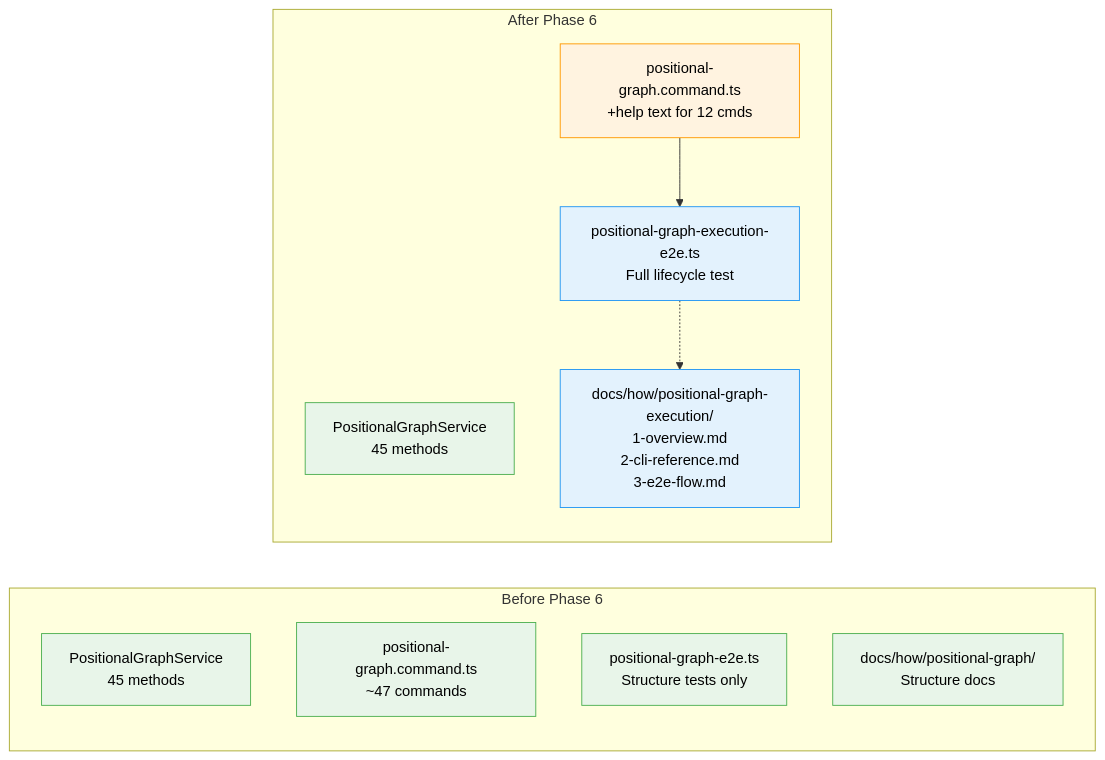
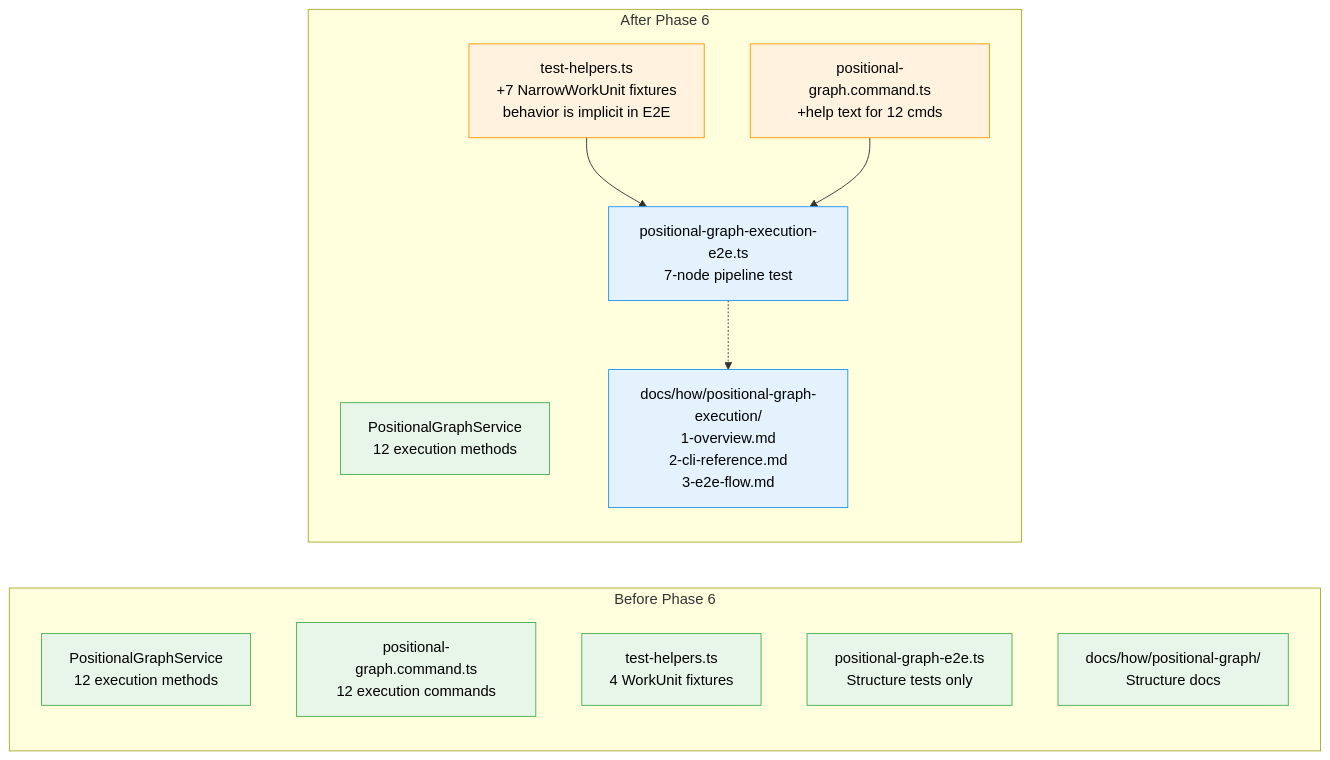
One commit to AI-Substrate/chainglass changed the second of 2 diagrams in docs/plans/028-pos-agentic-cli/tasks/phase-6-e2e-test-and-documentation/tasks.fltplan.md. Above: the diagram before and after it, drawn with Mermaid. The commit also changed other lines of this file and 14 other files, not shown here.

First line of the commit message:
feat(positional-graph): complete Phase 6 E2E test and documentation

````diff
--- a/docs/plans/028-pos-agentic-cli/tasks/phase-6-e2e-test-and-documentation/tasks.fltplan.md
+++ b/docs/plans/028-pos-agentic-cli/tasks/phase-6-e2e-test-and-documentation/tasks.fltplan.md
@@ -108,23 +108,26 @@
 ```mermaid
 flowchart LR
     classDef existing fill:#E8F5E9,stroke:#4CAF50,color:#000
     classDef changed fill:#FFF3E0,stroke:#FF9800,color:#000
     classDef new fill:#E3F2FD,stroke:#2196F3,color:#000
 
     subgraph Before["Before Phase 6"]
-        PS1[PositionalGraphService<br/>45 methods]:::existing
-        CLI1[positional-graph.command.ts<br/>~47 commands]:::existing
+        PS1[PositionalGraphService<br/>12 execution methods]:::existing
+        CLI1[positional-graph.command.ts<br/>12 execution commands]:::existing
+        TH1[test-helpers.ts<br/>4 WorkUnit fixtures]:::existing
         E2E1[positional-graph-e2e.ts<br/>Structure tests only]:::existing
         DOC1[docs/how/positional-graph/<br/>Structure docs]:::existing
     end
 
     subgraph After["After Phase 6"]
-        PS2[PositionalGraphService<br/>45 methods]:::existing
+        PS2[PositionalGraphService<br/>12 execution methods]:::existing
         CLI2[positional-graph.command.ts<br/>+help text for 12 cmds]:::changed
-        E2E2[positional-graph-execution-e2e.ts<br/>Full lifecycle test]:::new
+        TH2[test-helpers.ts<br/>+7 NarrowWorkUnit fixtures<br/>behavior is implicit in E2E]:::changed
+        E2E2[positional-graph-execution-e2e.ts<br/>7-node pipeline test]:::new
         DOC2[docs/how/positional-graph-execution/<br/>1-overview.md<br/>2-cli-reference.md<br/>3-e2e-flow.md]:::new
 
+        TH2 --> E2E2
         CLI2 --> E2E2
         E2E2 -.-> DOC2
     end
 ```
````
